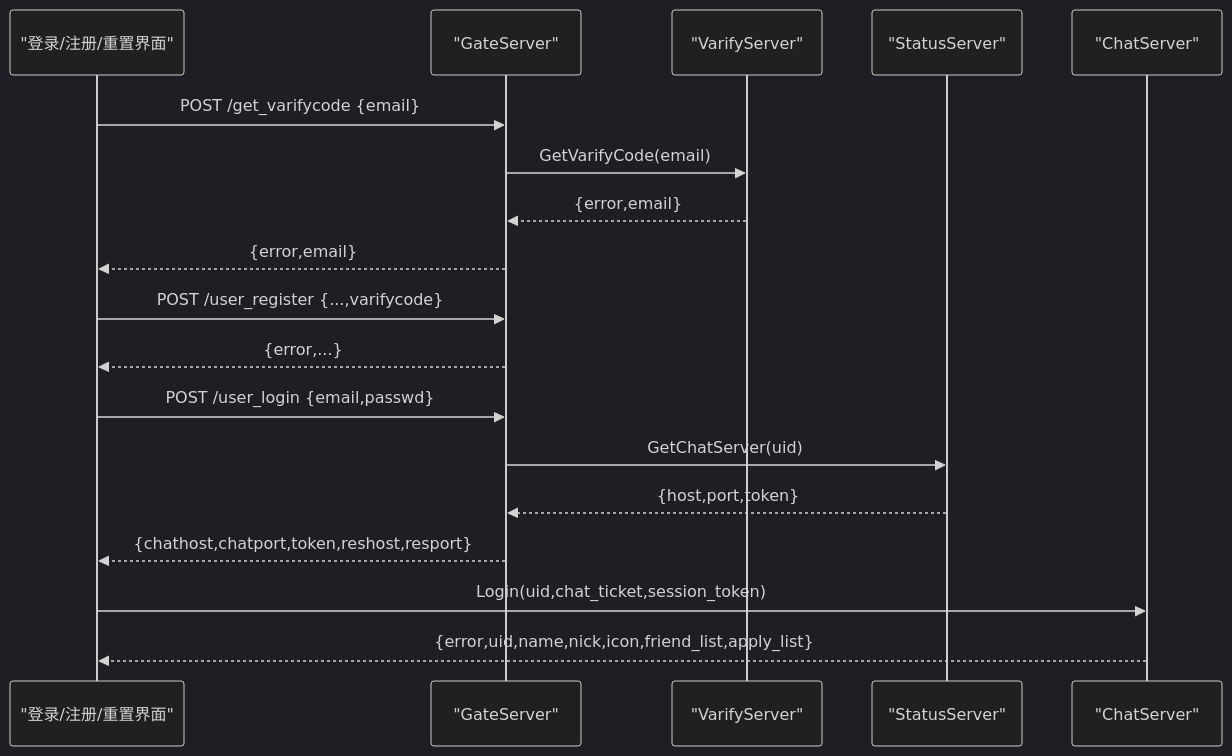
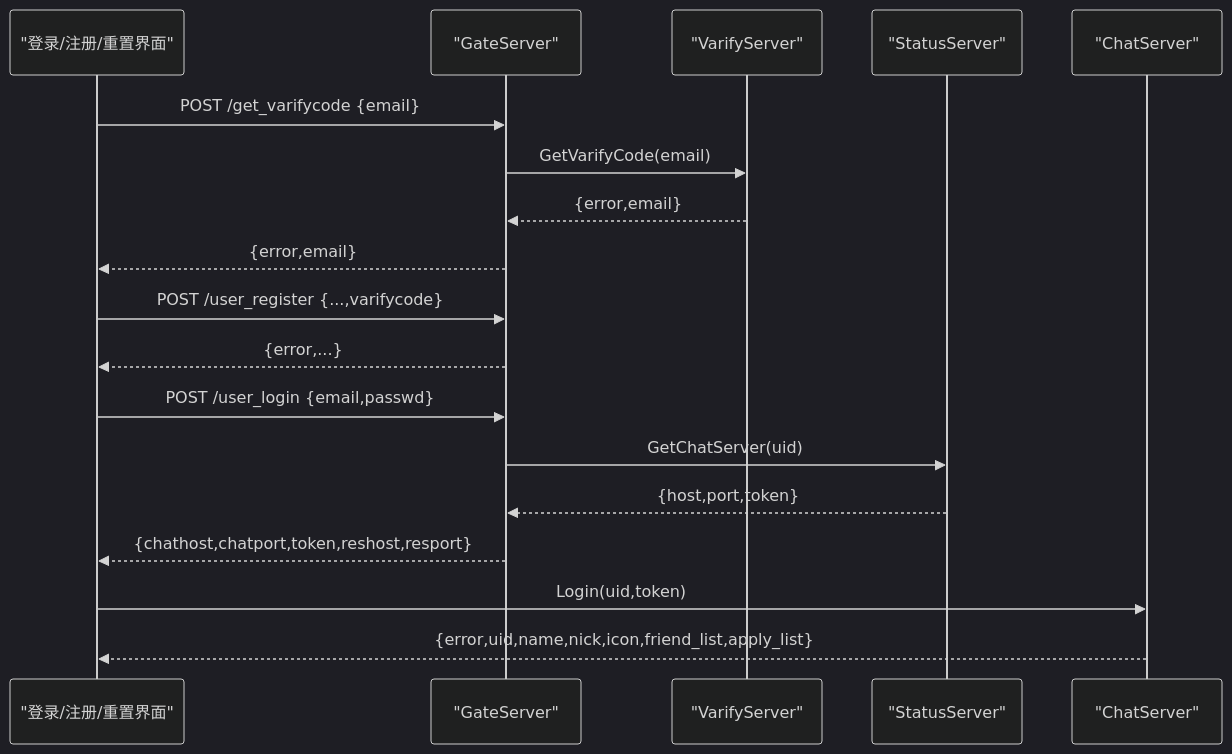
Before and after one commit to echo9923/mychatter: the ninth of 10 diagrams in .qoder/repowiki/zh/content/安全设计/身份认证系统/身份认证系统.md, drawn with Mermaid (dark theme). The commit also changed other lines of this file and 58 other files, not shown here.

````diff
--- a/.qoder/repowiki/zh/content/安全设计/身份认证系统/身份认证系统.md
+++ b/.qoder/repowiki/zh/content/安全设计/身份认证系统/身份认证系统.md
@@ -415,20 +369,20 @@
 ```mermaid
 sequenceDiagram
 participant UI as "登录/注册/重置界面"
 participant HTTP as "GateServer"
 participant Verify as "VarifyServer"
 participant Status as "StatusServer"
 participant Chat as "ChatServer"
 UI->>HTTP : POST /get_varifycode {email}
 HTTP->>Verify : GetVarifyCode(email)
 Verify-->>HTTP : {error,email}
 HTTP-->>UI : {error,email}
 UI->>HTTP : POST /user_register {...,varifycode}
 HTTP-->>UI : {error,...}
 UI->>HTTP : POST /user_login {email,passwd}
 HTTP->>Status : GetChatServer(uid)
 Status-->>HTTP : {host,port,token}
 HTTP-->>UI : {chathost,chatport,token,reshost,resport}
-UI->>Chat : Login(uid,chat_ticket,session_token)
+UI->>Chat : Login(uid,token)
 Chat-->>UI : {error,uid,name,nick,icon,friend_list,apply_list}
 ```
````
